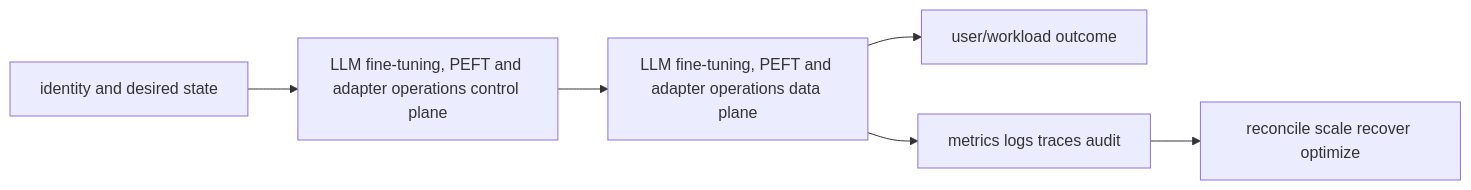
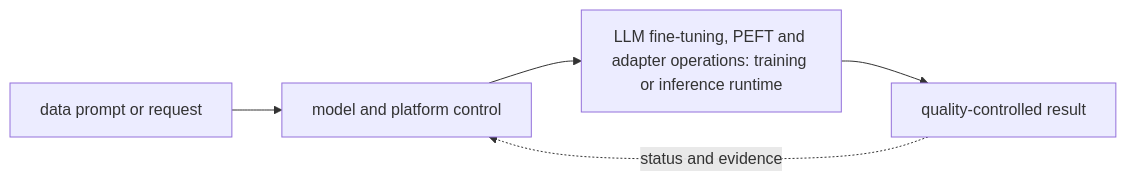
One commit to tomkidumbuyo/DevOps-interview-preparation changed the diagram in 11-ai-platform/08-mlops-and-llmops-lifecycle/17-llm-finetuning-peft/README.md. Above: the diagram before and after it, drawn with Mermaid. The commit also changed other lines of this file and 753 other files, not shown here.

````diff
--- a/11-ai-platform/08-mlops-and-llmops-lifecycle/17-llm-finetuning-peft/README.md
+++ b/11-ai-platform/08-mlops-and-llmops-lifecycle/17-llm-finetuning-peft/README.md
@@ -19,8 +31,7 @@
 ```mermaid
 flowchart LR
-  I[identity and desired state] --> C[LLM fine-tuning, PEFT and adapter operations control plane]
-  C --> D[LLM fine-tuning, PEFT and adapter operations data plane]
-  D --> U[user/workload outcome]
-  D --> O[metrics logs traces audit]
-  O --> R[reconcile scale recover optimize]
+  A["data prompt or request"] --> B["model and platform control"]
+  B --> C["LLM fine-tuning, PEFT and adapter operations: training or inference runtime"]
+  C --> D["quality-controlled result"]
+  D -. "status and evidence" .-> B
 ```
````
